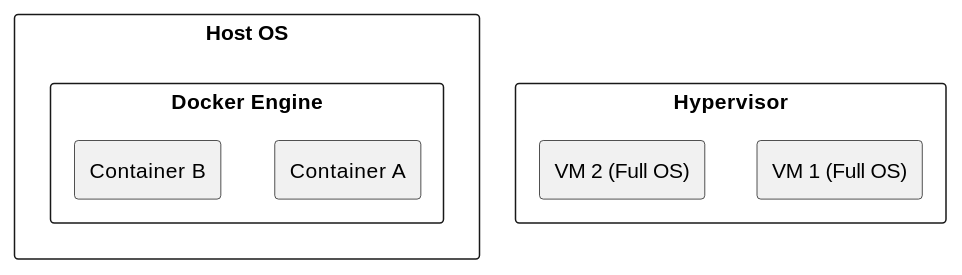
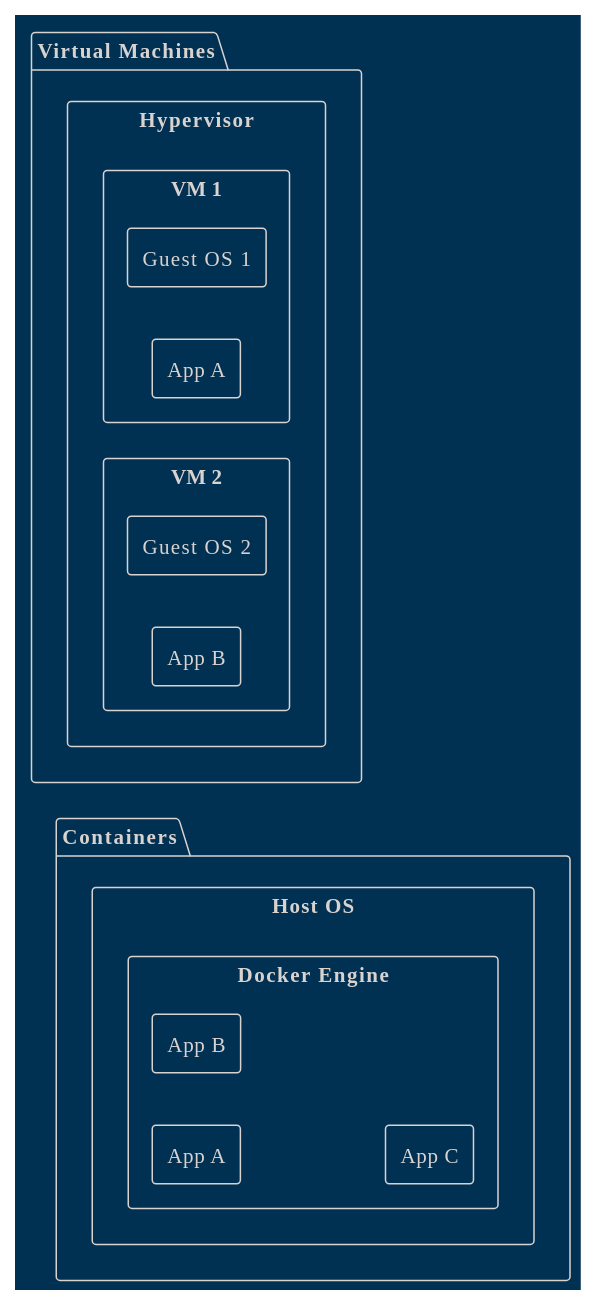
One commit to crazyash/learningneverends changed the second of 2 diagrams in articles/docker-beginner/01-what-is-docker.md. Above: the diagram before and after it, drawn with PlantUML. The commit also changed other lines of this file and 45 other files, not shown here.

````diff
--- a/articles/docker-beginner/01-what-is-docker.md
+++ b/articles/docker-beginner/01-what-is-docker.md
@@ -37,15 +64,29 @@
-``` plantuml
+```plantuml
 @startuml
-rectangle "Host OS" {
-  rectangle "Docker Engine" {
-    rectangle "Container A"
-    rectangle "Container B"
+!theme blueprint
+left to right direction
+
+package "Containers" {
+  rectangle "Host OS" as hos {
+    rectangle "Docker Engine" as de {
+      rectangle "App A" as ca
+      rectangle "App B" as cb
+      rectangle "App C" as cc
+    }
   }
 }
 
-rectangle "Hypervisor" {
-  rectangle "VM 1 (Full OS)"
-  rectangle "VM 2 (Full OS)"
+package "Virtual Machines" {
+  rectangle "Hypervisor" as hyp {
+    rectangle "VM 1" as vm1 {
+      rectangle "Guest OS 1" as os1
+      rectangle "App A" as va
+    }
+    rectangle "VM 2" as vm2 {
+      rectangle "Guest OS 2" as os2  
+      rectangle "App B" as vb
+    }
+  }
 }
 @enduml
 ```
````
